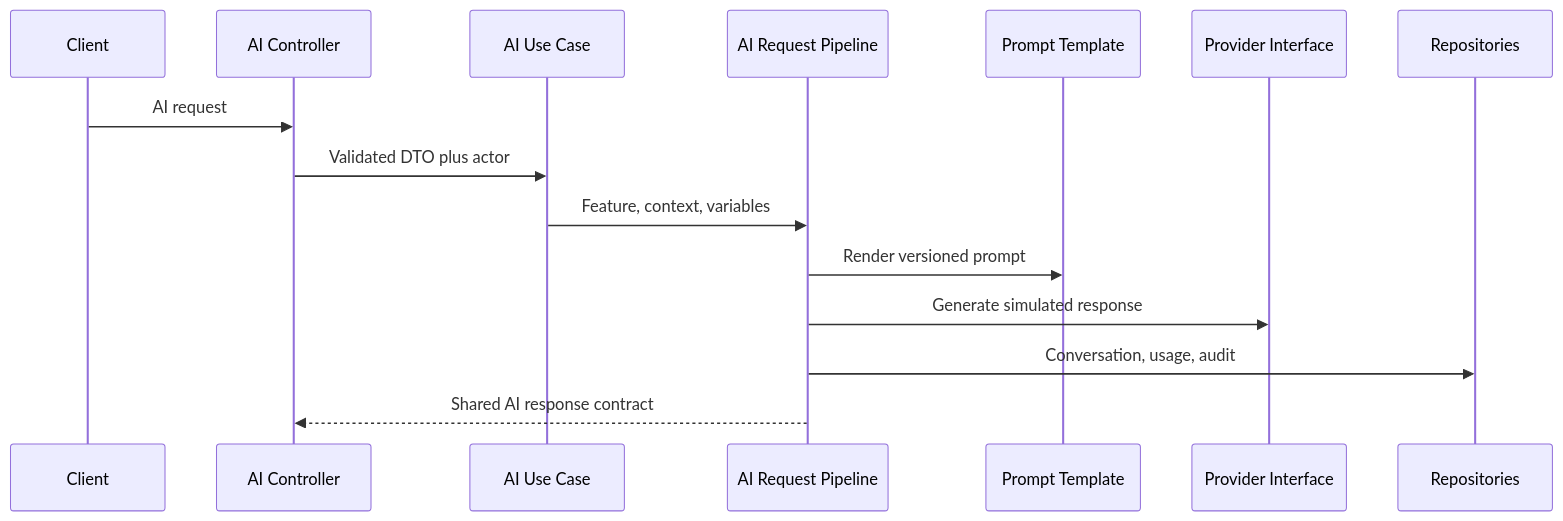
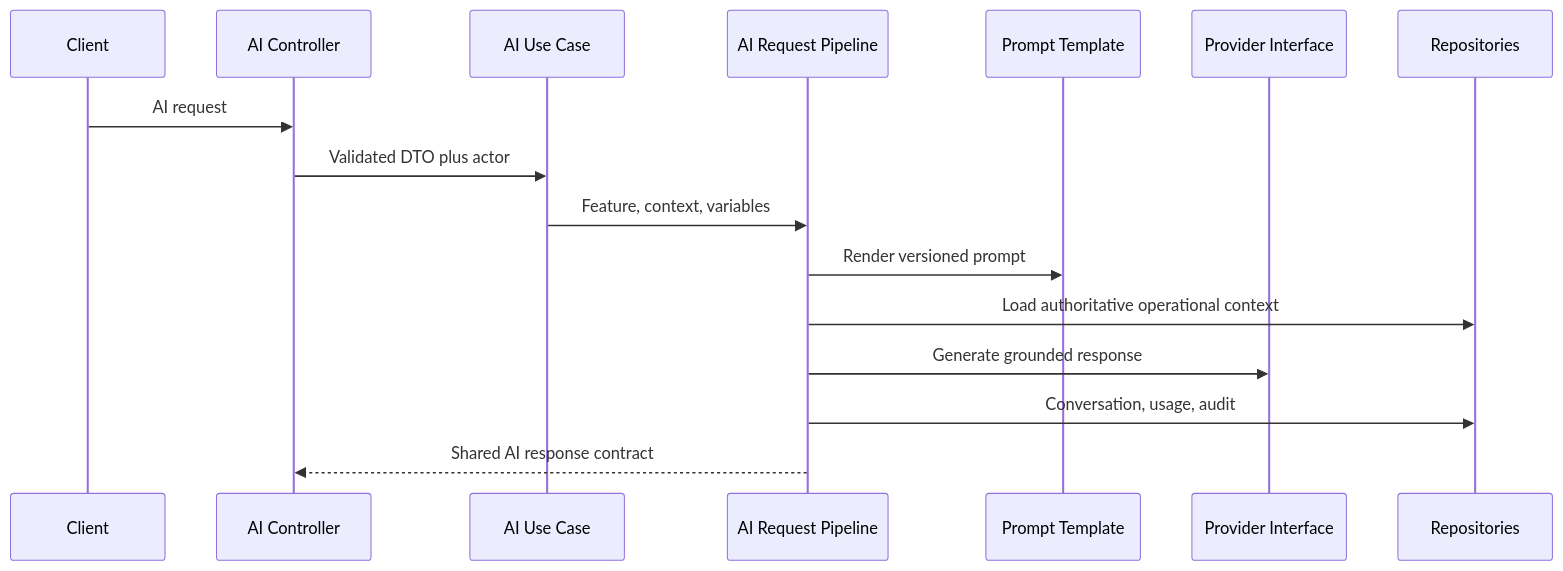
One commit to Ruchi2117/PlusOps changed the tenth of 14 diagrams in docs/architecture/overview.md. Above: the diagram before and after it, drawn with Mermaid. The commit also changed other lines of this file and 8 other files, not shown here.

````diff
--- a/docs/architecture/overview.md
+++ b/docs/architecture/overview.md
@@ -215,18 +220,19 @@
 ```mermaid
 sequenceDiagram
   participant Client
   participant Controller as AI Controller
   participant UseCase as AI Use Case
   participant Pipeline as AI Request Pipeline
   participant Prompt as Prompt Template
   participant Provider as Provider Interface
   participant Store as Repositories
 
   Client->>Controller: AI request
   Controller->>UseCase: Validated DTO plus actor
   UseCase->>Pipeline: Feature, context, variables
   Pipeline->>Prompt: Render versioned prompt
-  Pipeline->>Provider: Generate simulated response
+  Pipeline->>Store: Load authoritative operational context
+  Pipeline->>Provider: Generate grounded response
   Pipeline->>Store: Conversation, usage, audit
   Pipeline-->>Controller: Shared AI response contract
 ```
````
